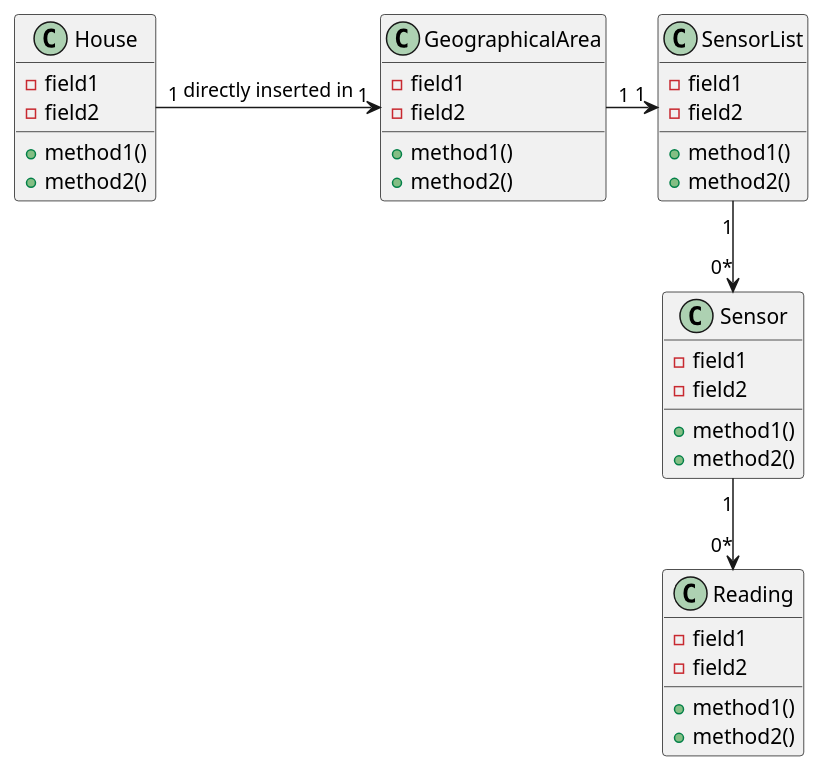
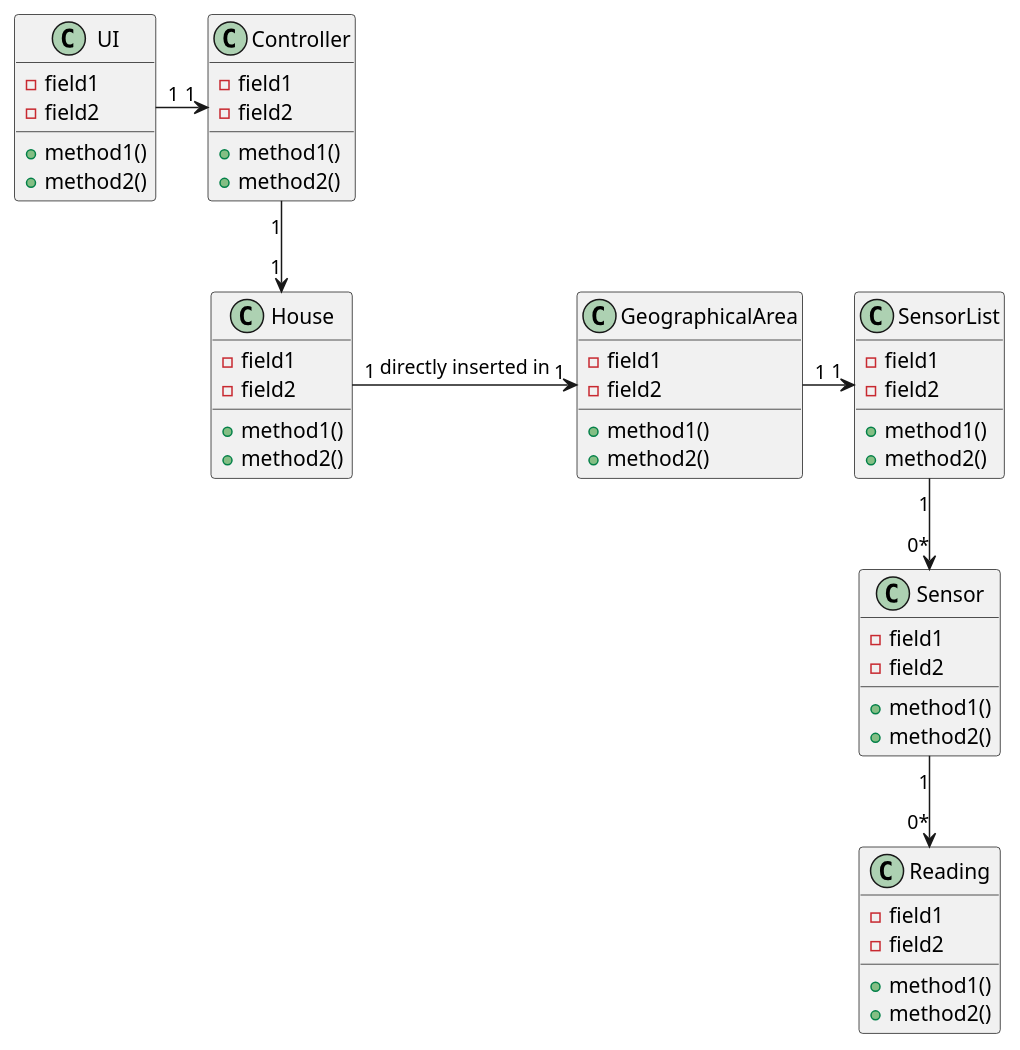
One commit to 1181687/hateoasToy changed the diagram in src/main/java/pt/ipp/isep/dei/project/controllers/getLastColdestDayHouseAreaController/CD_GetLastColdestDayHouseArea.puml. Above: the diagram before and after it, drawn with PlantUML. The commit also changed 4 other files, not shown here.

Commit message:
Changes to Class Diagrams (updated with UI and Controller Class) and Creation of CSVUI Class Diagram

```diff
--- a/src/main/java/pt/ipp/isep/dei/project/controllers/getLastColdestDayHouseAreaController/CD_GetLastColdestDayHouseArea.puml
+++ b/src/main/java/pt/ipp/isep/dei/project/controllers/getLastColdestDayHouseAreaController/CD_GetLastColdestDayHouseArea.puml
@@ -1,44 +1,59 @@
 @startuml
 
+UI "1" -> "1" Controller
+Controller "1" --> "1" House
 House "1" -> "1" GeographicalArea : directly inserted in
 GeographicalArea "1" -> "1" SensorList
 SensorList "1" --> "0*" Sensor
 Sensor "1" --> "0*" Reading
 
+Class UI {
+-field1
+-field2
++method1()
++method2()
+}
+
+Class Controller {
+-field1
+-field2
++method1()
++method2()
+}
 
 Class House {
 -field1
 -field2
 +method1()
 +method2()
 }
 
 Class GeographicalArea {
 -field1
 -field2
 +method1()
 +method2()
 }
 
 Class SensorList {
 -field1
 -field2
 +method1()
 +method2()
 }
 
 Class Sensor {
 -field1
 -field2
 +method1()
 +method2()
 }
 
 Class Reading {
 -field1
 -field2
 +method1()
 +method2()
 }
 
 @enduml
```
